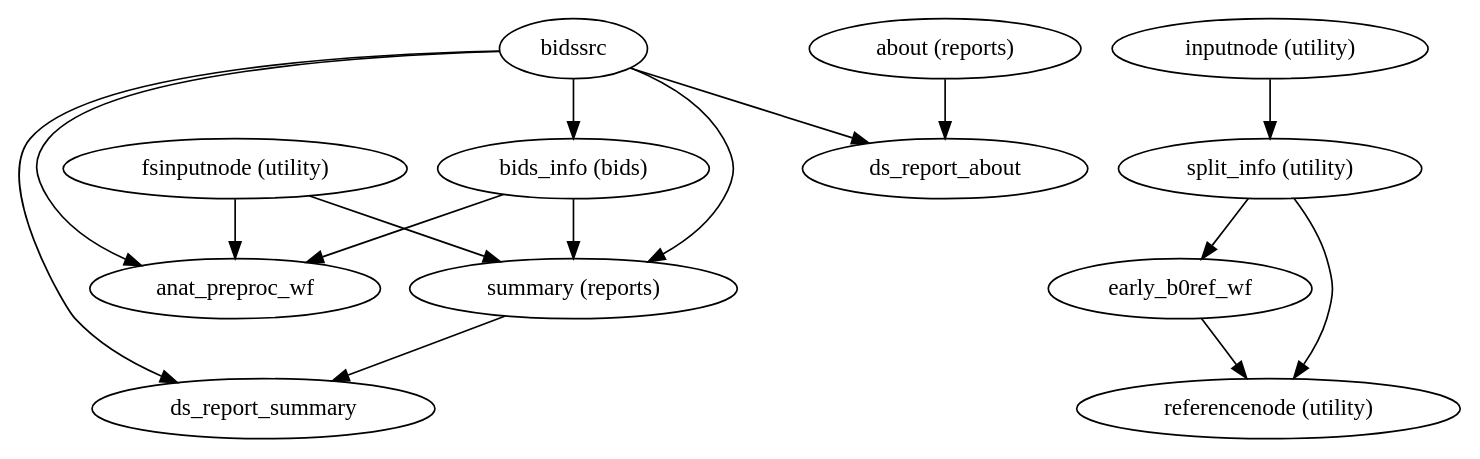
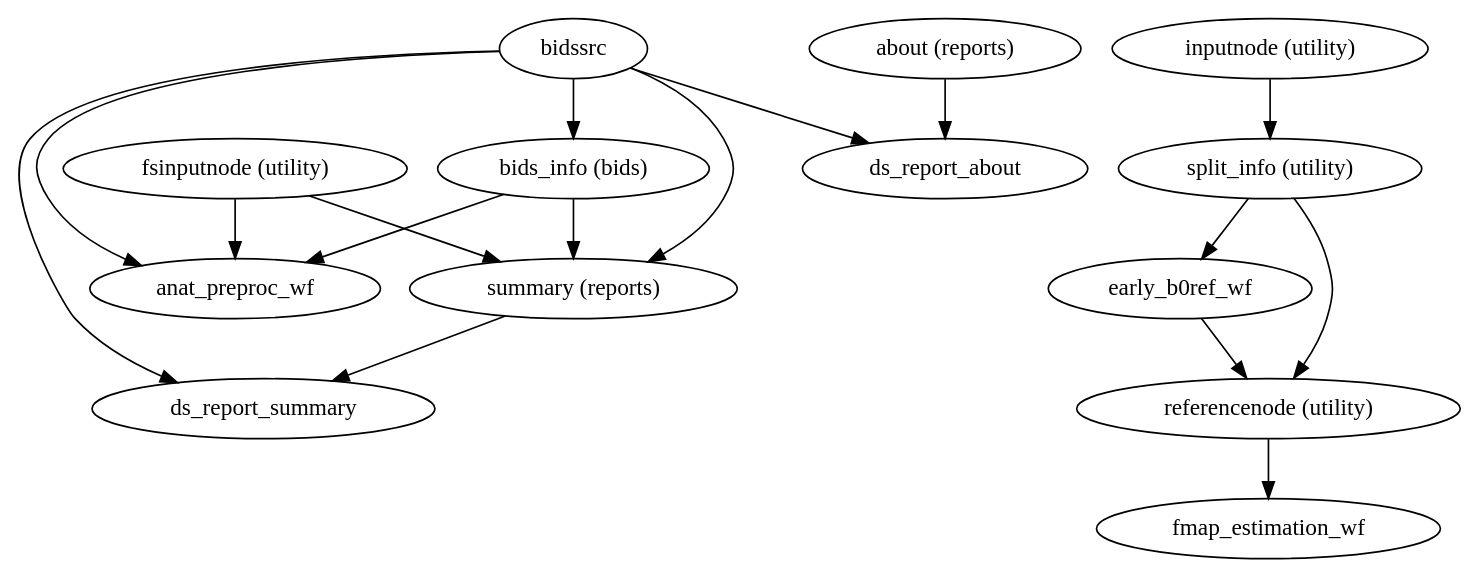
Before and after one commit to nipreps/dmriprep: the diagram in master/wf_directive/api/single_subject_THP0005_wf/dmriprep-workflows-base-2.dot, drawn with Graphviz. The commit also changed 255 other files, not shown here.

```diff
--- a/master/wf_directive/api/single_subject_THP0005_wf/dmriprep-workflows-base-2.dot
+++ b/master/wf_directive/api/single_subject_THP0005_wf/dmriprep-workflows-base-2.dot
@@ -1,29 +1,31 @@
 strict digraph  {
 "fsinputnode (utility)";
 anat_preproc_wf;
 "summary (reports)";
 bidssrc;
 "bids_info (bids)";
 ds_report_summary;
 ds_report_about;
 "about (reports)";
 "inputnode (utility)";
 "split_info (utility)";
 early_b0ref_wf;
 "referencenode (utility)";
+fmap_estimation_wf;
 "fsinputnode (utility)" -> anat_preproc_wf;
 "fsinputnode (utility)" -> "summary (reports)";
 "summary (reports)" -> ds_report_summary;
 bidssrc -> "bids_info (bids)";
 bidssrc -> "summary (reports)";
 bidssrc -> anat_preproc_wf;
 bidssrc -> ds_report_summary;
 bidssrc -> ds_report_about;
 "bids_info (bids)" -> "summary (reports)";
 "bids_info (bids)" -> anat_preproc_wf;
 "about (reports)" -> ds_report_about;
 "inputnode (utility)" -> "split_info (utility)";
 "split_info (utility)" -> early_b0ref_wf;
 "split_info (utility)" -> "referencenode (utility)";
 early_b0ref_wf -> "referencenode (utility)";
+"referencenode (utility)" -> fmap_estimation_wf;
 }
```
